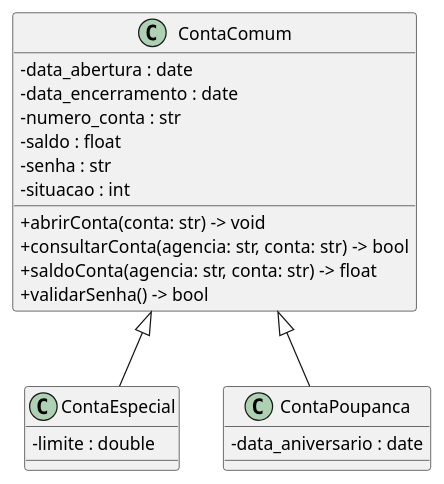
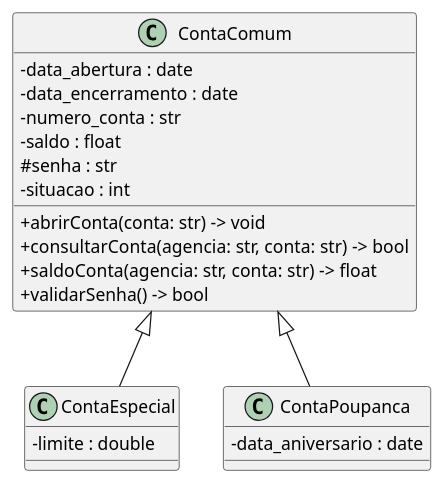
Before and after one commit to maxwellamaral/maxwellamaral.github.io: the diagram in docs/assets/puml/uml_class08.puml, drawn with PlantUML. The commit also changed 99 other files, not shown here.

Commit message:
🆕 Adicionado conteúdo relacionado aos diagramas UML

```diff
--- a/docs/assets/puml/uml_class08.puml
+++ b/docs/assets/puml/uml_class08.puml
@@ -1,30 +1,30 @@
 @startuml
 
 ' left to right direction
 skinparam classAttributeIconSize 0
 
 class ContaComum {
     - data_abertura : date
     - data_encerramento : date
     - numero_conta : str
     - saldo : float
-    - senha : str
+    # senha : str
     - situacao : int
     + abrirConta(conta: str) -> void
     + consultarConta(agencia: str, conta: str) -> bool
     + saldoConta(agencia: str, conta: str) -> float
     + validarSenha() -> bool
 }
 
 class ContaEspecial {
     - limite : double
 }
 
 class ContaPoupanca {
     - data_aniversario : date
 }
 
 ContaComum <|-- ContaEspecial
 ContaComum <|-- ContaPoupanca
 
 @enduml
```
